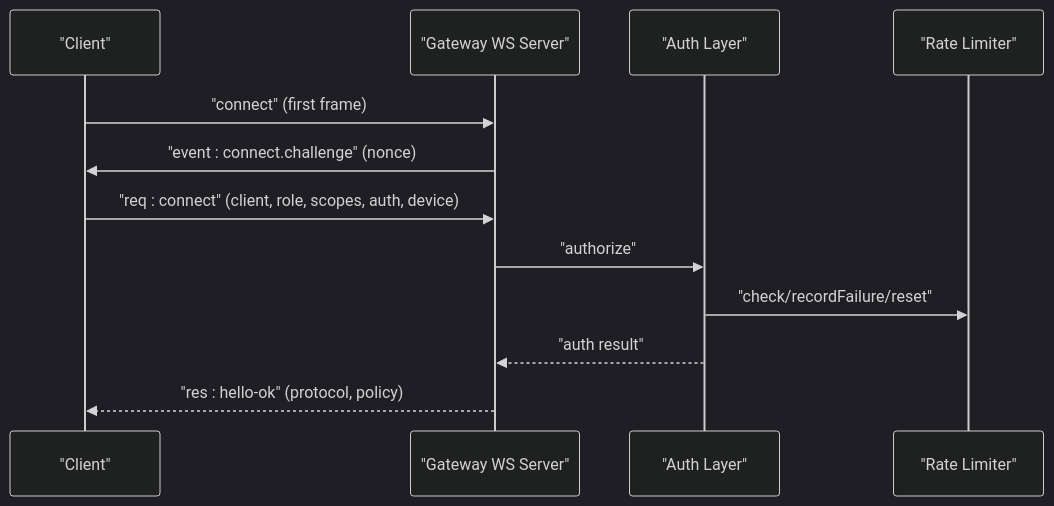
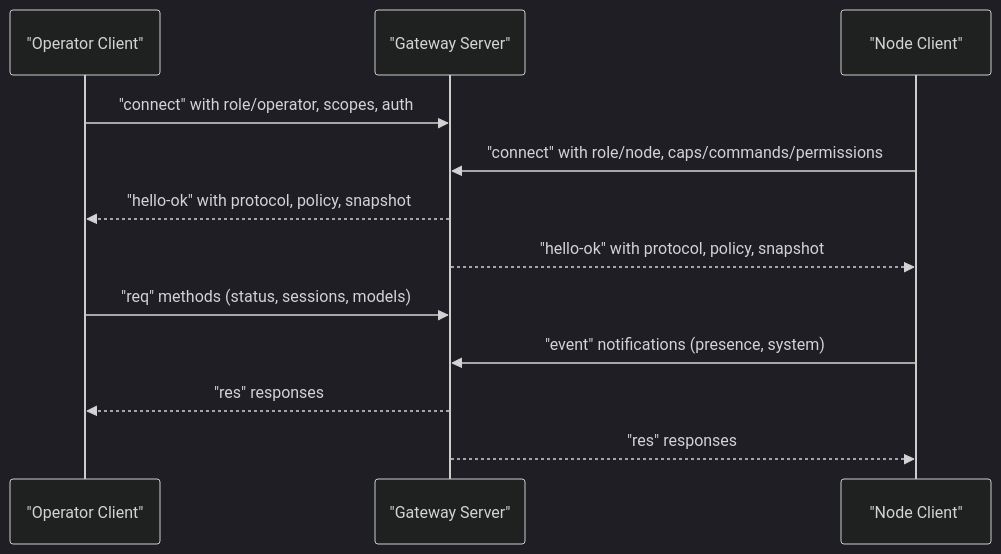
Before and after one commit to botx-work/OpenClaw-Internals: the second of 7 diagrams in repowiki/en/content/API Reference/API Reference.md, drawn with Mermaid (dark theme). The commit also changed other lines of this file and 332 other files, not shown here.

````diff
--- a/repowiki/en/content/API Reference/API Reference.md
+++ b/repowiki/en/content/API Reference/API Reference.md
@@ -106,14 +93,14 @@
 ```mermaid
 sequenceDiagram
-participant Client as "Client"
-participant WS as "Gateway WS Server"
-participant Auth as "Auth Layer"
-participant Lim as "Rate Limiter"
-Client->>WS : "connect" (first frame)
-WS->>Client : "event : connect.challenge" (nonce)
-Client->>WS : "req : connect" (client, role, scopes, auth, device)
-WS->>Auth : "authorize"
-Auth->>Lim : "check/recordFailure/reset"
-Auth-->>WS : "auth result"
-WS-->>Client : "res : hello-ok" (protocol, policy)
+participant OP as "Operator Client"
+participant GW as "Gateway Server"
+participant ND as "Node Client"
+OP->>GW : "connect" with role/operator, scopes, auth
+ND->>GW : "connect" with role/node, caps/commands/permissions
+GW-->>OP : "hello-ok" with protocol, policy, snapshot
+GW-->>ND : "hello-ok" with protocol, policy, snapshot
+OP->>GW : "req" methods (status, sessions, models)
+ND->>GW : "event" notifications (presence, system)
+GW-->>OP : "res" responses
+GW-->>ND : "res" responses
 ```
````
